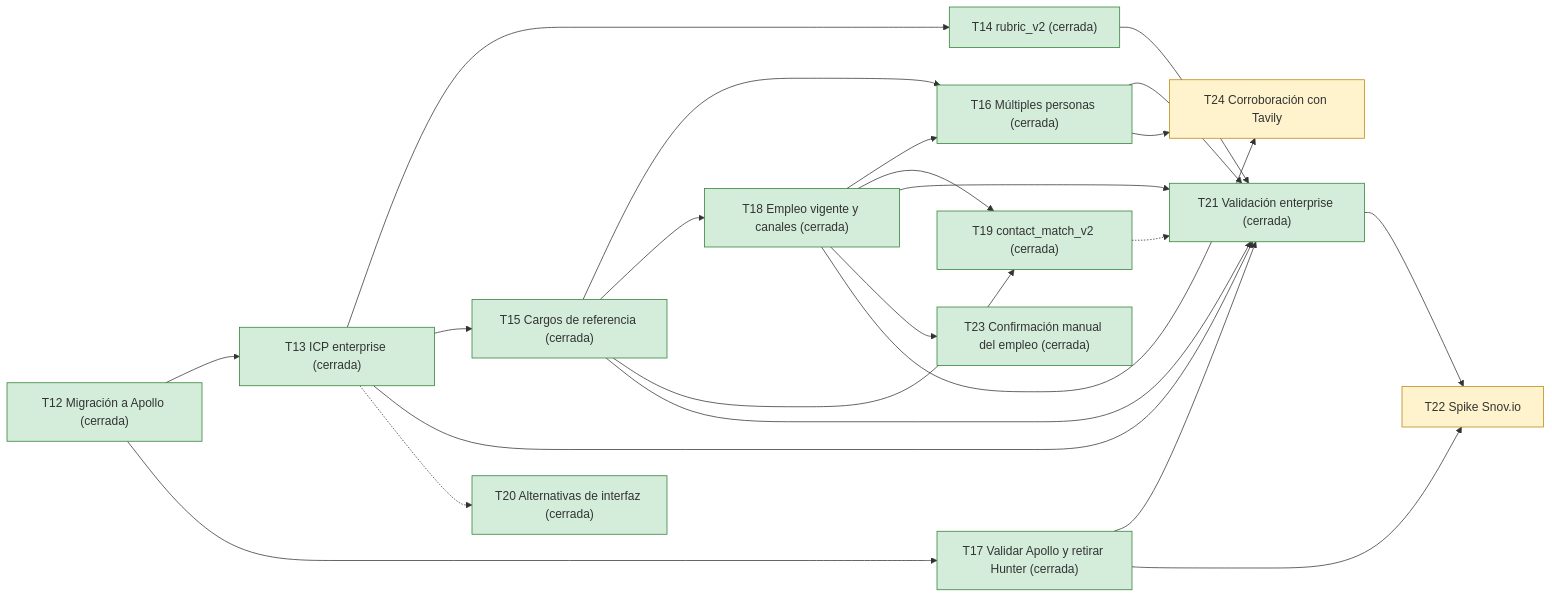
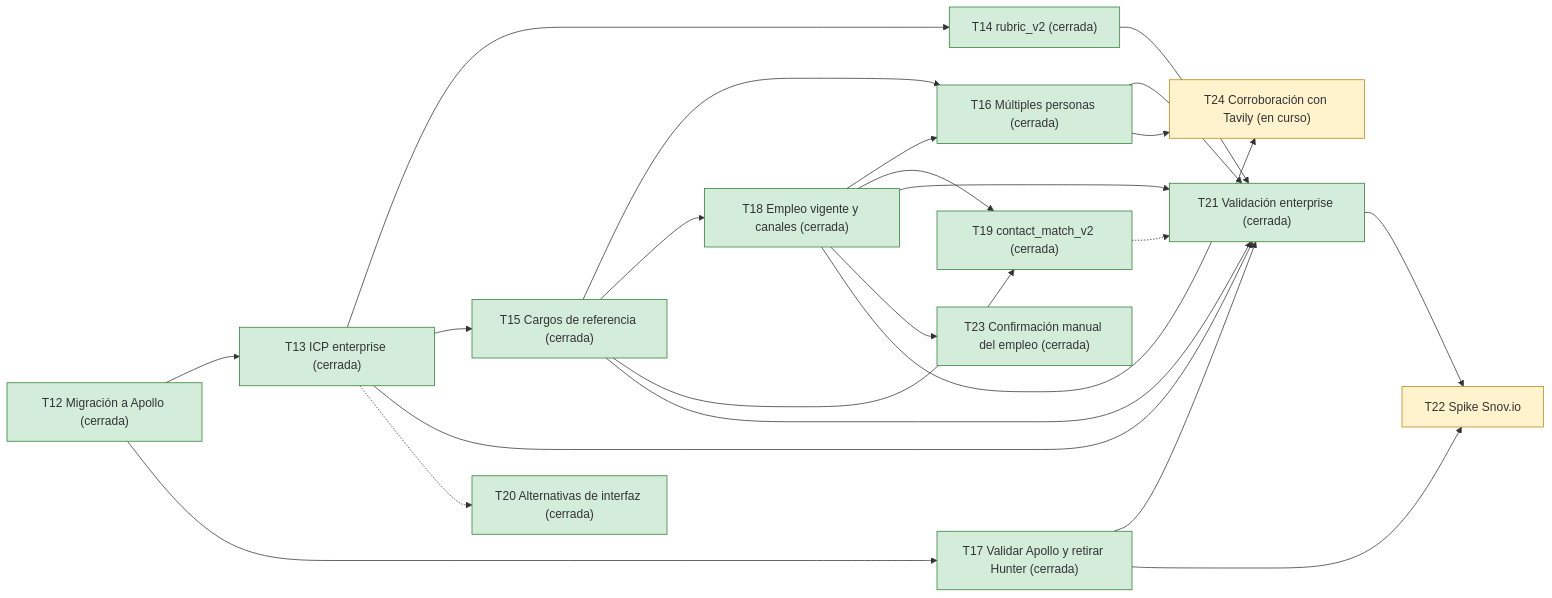
Before and after one commit to ThomasSerna/veryfi-prospecting: the diagram in docs/Roadmap.md, drawn with Mermaid. The commit also changed other lines of this file, not shown here.

Commit message:
docs: anotar la implementación de T24 en el Roadmap

````diff
--- a/docs/Roadmap.md
+++ b/docs/Roadmap.md
@@ -53,40 +53,40 @@
 ```mermaid
 flowchart LR
     T12["T12 Migración a Apollo (cerrada)"]:::closed
     T13["T13 ICP enterprise (cerrada)"]:::closed
     T14["T14 rubric_v2 (cerrada)"]:::closed
     T15["T15 Cargos de referencia (cerrada)"]:::closed
     T16["T16 Múltiples personas (cerrada)"]:::closed
     T17["T17 Validar Apollo y retirar Hunter (cerrada)"]:::closed
     T18["T18 Empleo vigente y canales (cerrada)"]:::closed
     T19["T19 contact_match_v2 (cerrada)"]:::closed
     T20["T20 Alternativas de interfaz (cerrada)"]:::closed
     T21["T21 Validación enterprise (cerrada)"]:::closed
     T22["T22 Spike Snov.io"]:::ready
     T23["T23 Confirmación manual del empleo (cerrada)"]:::closed
-    T24["T24 Corroboración con Tavily"]:::ready
+    T24["T24 Corroboración con Tavily (en curso)"]:::ready
     T12 --> T13
     T12 --> T17
     T13 --> T14
     T13 --> T15
     T15 --> T16
     T15 --> T18
     T15 --> T19
     T18 --> T16
     T18 --> T19
     T13 --> T21
     T14 --> T21
     T15 --> T21
     T16 --> T21
     T17 --> T21
     T18 --> T21
     T21 --> T22
     T17 --> T22
     T13 -.-> T20
     T19 -.-> T21
     T18 --> T23
     T18 --> T24
     T16 --> T24
     classDef closed fill:#d4edda,stroke:#2e7d32
     classDef ready fill:#fff3cd,stroke:#b8860b
 ```
````
